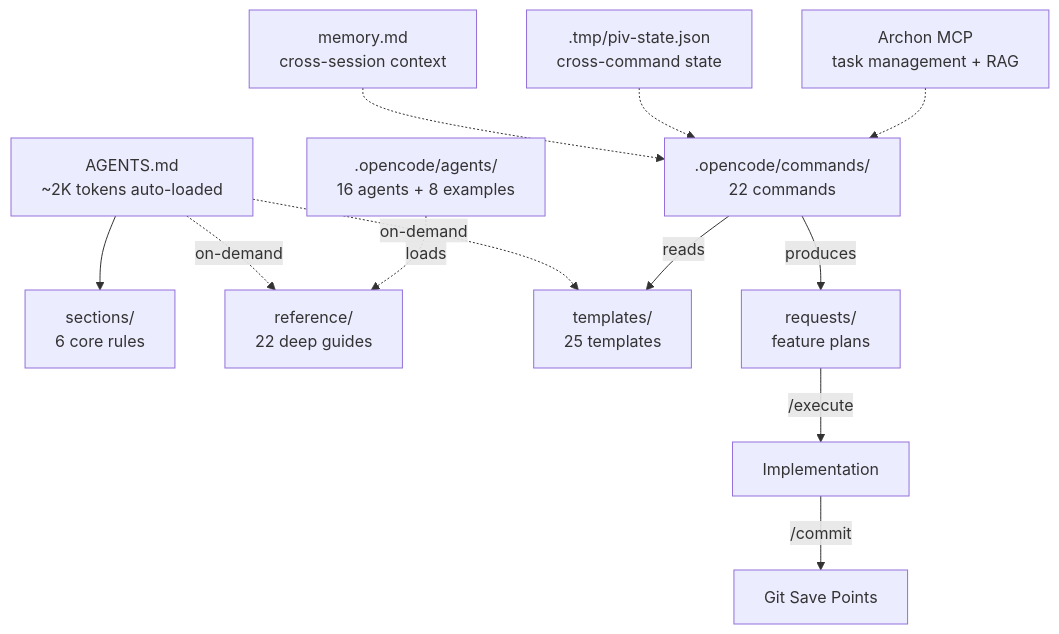
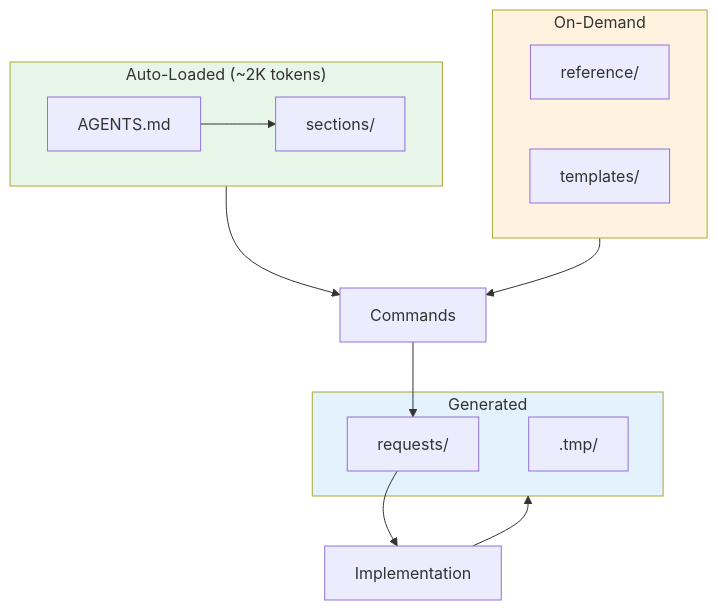
Before and after one commit to ryanjosebrosas/original-coding-system: the third of 3 diagrams in README.md, drawn with Mermaid. The commit also changed other lines of this file and 22 other files, not shown here.

````diff
--- a/README.md
+++ b/README.md
@@ -46,18 +165,26 @@
 ```mermaid
-graph TD
-    AGENTS["AGENTS.md<br/>~2K tokens auto-loaded"] --> S["sections/<br/>6 core rules"]
-    AGENTS -.->|"on-demand"| R["reference/<br/>22 deep guides"]
-    AGENTS -.->|"on-demand"| T["templates/<br/>25 templates"]
-
-    CMD[".opencode/commands/<br/>22 commands"] -->|"reads"| T
-    CMD -->|"produces"| REQ["requests/<br/>feature plans"]
-
-    AG[".opencode/agents/<br/>16 agents + 8 examples"] -.->|"loads"| R
-
-    MEM["memory.md<br/>cross-session context"] -.-> CMD
-    STATE[".tmp/piv-state.json<br/>cross-command state"] -.-> CMD
-    ARCHON["Archon MCP<br/>task management + RAG"] -.-> CMD
-
-    REQ -->|"/execute"| IMPL["Implementation"]
-    IMPL -->|"/commit"| GIT["Git Save Points"]
+flowchart TB
+    subgraph AUTO["Auto-Loaded (~2K tokens)"]
+        A["AGENTS.md"] --> S["sections/"]
+    end
+    
+    subgraph DEMAND["On-Demand"]
+        R["reference/"]
+        T["templates/"]
+    end
+    
+    subgraph GEN["Generated"]
+        REQ["requests/"]
+        TMP[".tmp/"]
+    end
+    
+    AUTO --> CMD["Commands"]
+    DEMAND --> CMD
+    CMD --> REQ
+    REQ --> IMPL["Implementation"]
+    IMPL --> GEN
+    
+    style AUTO fill:#e8f5e9
+    style DEMAND fill:#fff3e0
+    style GEN fill:#e3f2fd
 ```
````
